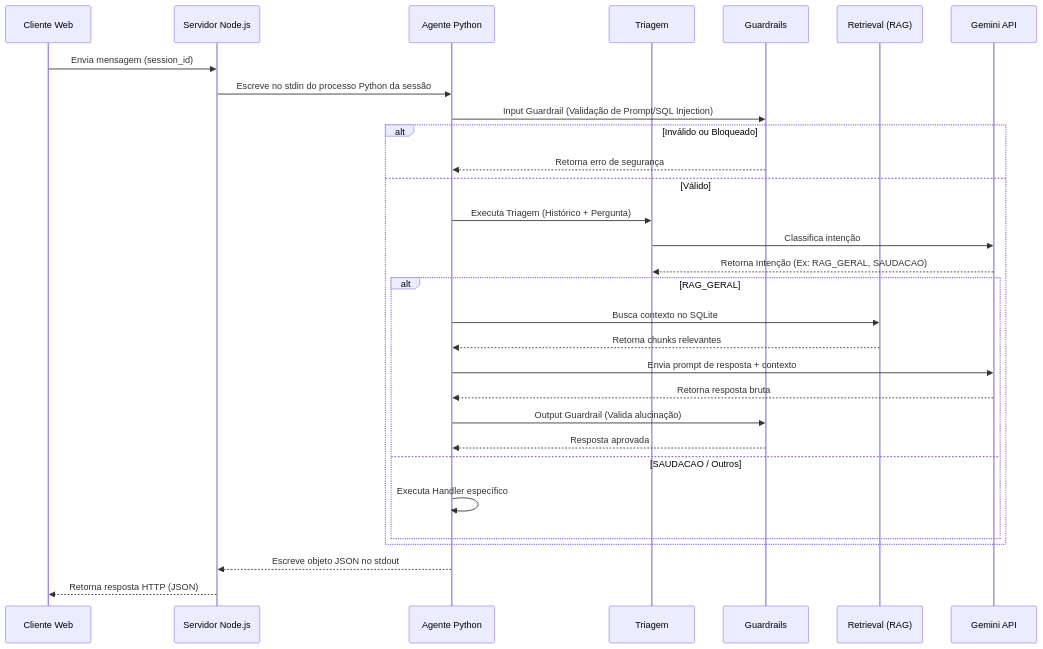
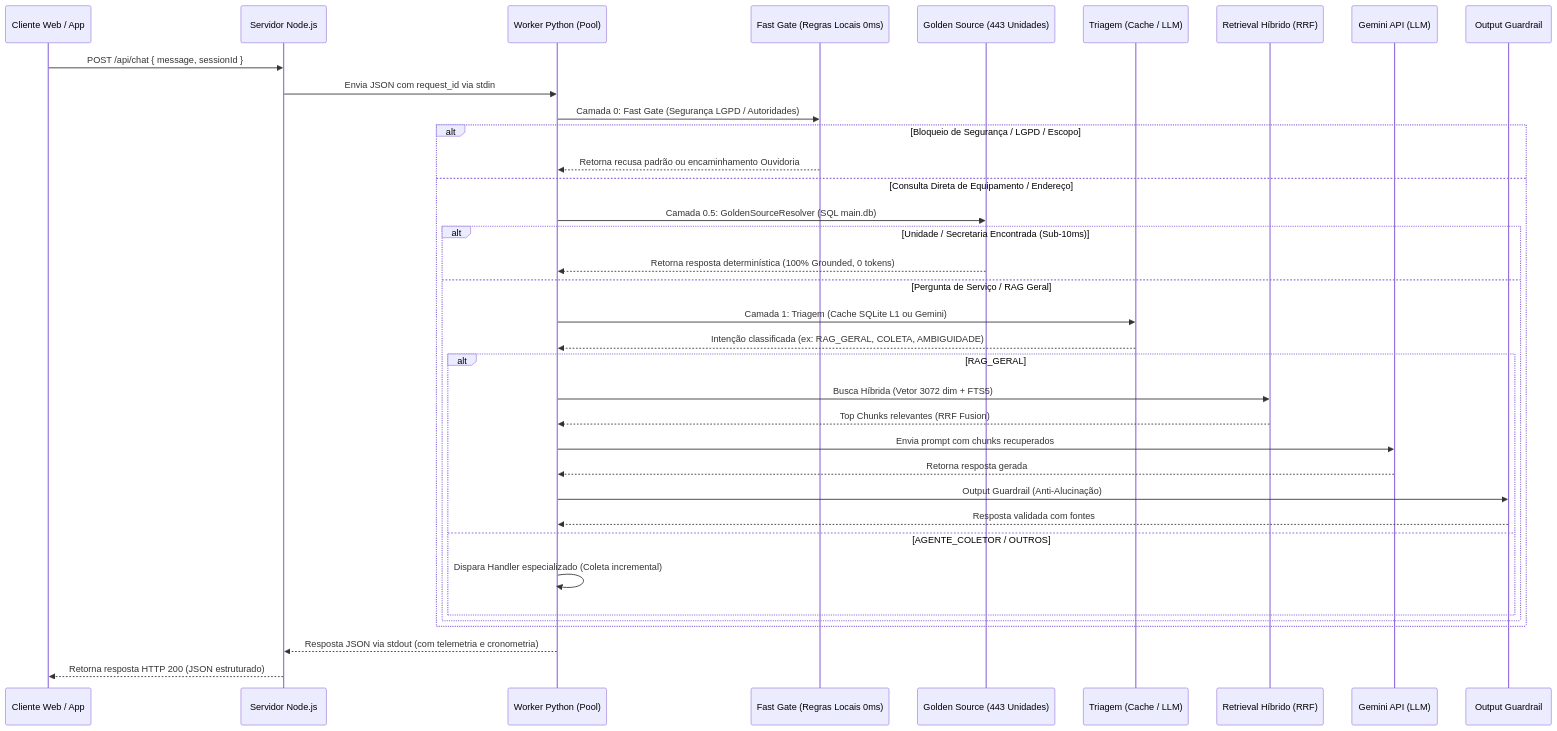
The diagram in docs/01-Projeto/Fluxo.md (ouvidoriag/duqueia), drawn with Mermaid before and after one commit. The commit also changed other lines of this file and 106 other files, not shown here.

````diff
--- a/docs/01-Projeto/Fluxo.md
+++ b/docs/01-Projeto/Fluxo.md
@@ -5,33 +5,39 @@
 ```mermaid
 sequenceDiagram
-    participant C as Cliente Web
+    participant C as Cliente Web / App
     participant N as Servidor Node.js
-    participant A as Agente Python
-    participant T as Triagem
-    participant G as Guardrails
-    participant R as Retrieval (RAG)
-    participant L as Gemini API
+    participant P as Worker Python (Pool)
+    participant F as Fast Gate (Regras Locais 0ms)
+    participant GS as Golden Source (443 Unidades)
+    participant T as Triagem (Cache / LLM)
+    participant R as Retrieval Híbrido (RRF)
+    participant L as Gemini API (LLM)
+    participant G as Output Guardrail
 
-    C->>N: Envia mensagem (session_id)
-    N->>A: Escreve no stdin do processo Python da sessão
-    A->>G: Input Guardrail (Validação de Prompt/SQL Injection)
-    alt Inválido ou Bloqueado
-        G-->>A: Retorna erro de segurança
-    else Válido
-        A->>T: Executa Triagem (Histórico + Pergunta)
-        T->>L: Classifica intenção
-        L-->>T: Retorna Intenção (Ex: RAG_GERAL, SAUDACAO)
-        alt RAG_GERAL
-            A->>R: Busca contexto no SQLite
-            R-->>A: Retorna chunks relevantes
-            A->>L: Envia prompt de resposta + contexto
-            L-->>A: Retorna resposta bruta
-            A->>G: Output Guardrail (Valida alucinação)
-            G-->>A: Resposta aprovada
-        else SAUDACAO / Outros
-            A->>A: Executa Handler específico
+    C->>N: POST /api/chat { message, sessionId }
+    N->>P: Envia JSON com request_id via stdin
+    P->>F: Camada 0: Fast Gate (Segurança LGPD / Autoridades)
+    alt Bloqueio de Segurança / LGPD / Escopo
+        F-->>P: Retorna recusa padrão ou encaminhamento Ouvidoria
+    else Consulta Direta de Equipamento / Endereço
+        P->>GS: Camada 0.5: GoldenSourceResolver (SQL main.db)
+        alt Unidade / Secretaria Encontrada (Sub-10ms)
+            GS-->>P: Retorna resposta determinística (100% Grounded, 0 tokens)
+        else Pergunta de Serviço / RAG Geral
+            P->>T: Camada 1: Triagem (Cache SQLite L1 ou Gemini)
+            T-->>P: Intenção classificada (ex: RAG_GERAL, COLETA, AMBIGUIDADE)
+            alt RAG_GERAL
+                P->>R: Busca Híbrida (Vetor 3072 dim + FTS5)
+                R-->>P: Top Chunks relevantes (RRF Fusion)
+                P->>L: Envia prompt com chunks recuperados
+                L-->>P: Retorna resposta gerada
+                P->>G: Output Guardrail (Anti-Alucinação)
+                G-->>P: Resposta validada com fontes
+            else AGENTE_COLETOR / OUTROS
+                P->>P: Dispara Handler especializado (Coleta incremental)
+            end
         end
     end
-    A-->>N: Escreve objeto JSON no stdout
-    N-->>C: Retorna resposta HTTP (JSON)
+    P-->>N: Resposta JSON via stdout (com telemetria e cronometria)
+    N-->>C: Retorna resposta HTTP 200 (JSON estruturado)
 ```
````
